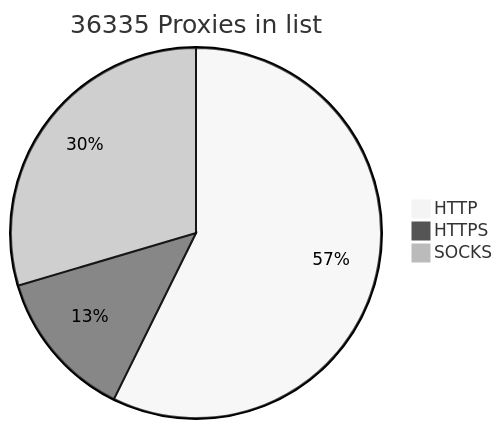
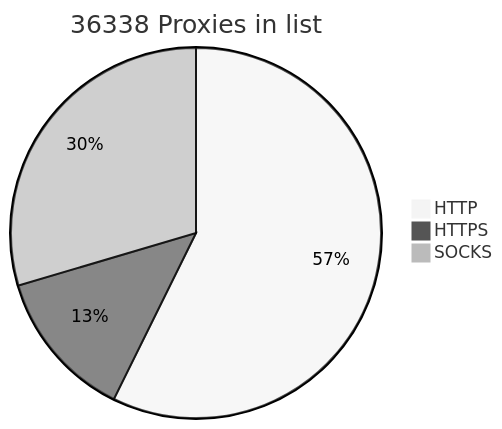
One commit to BlackSnowDot/proxylist-update-every-minute changed the diagram in README.md. Above: the diagram before and after it, drawn with Mermaid (neutral theme).

````diff
--- a/README.md
+++ b/README.md
@@ -2,6 +2,6 @@
 ```mermaid
-pie title 36335 Proxies in list
-    "HTTP" : 23128
+pie title 36338 Proxies in list
+    "HTTP" : 23131
     "HTTPS": 5294
     "SOCKS" : 11937
 ```
````
